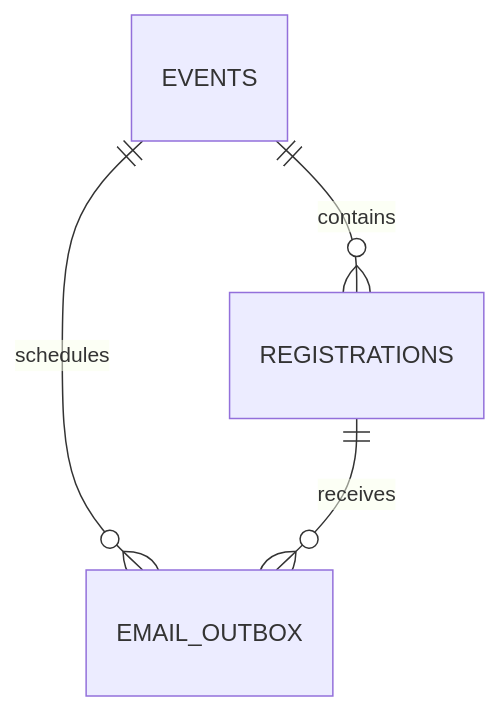
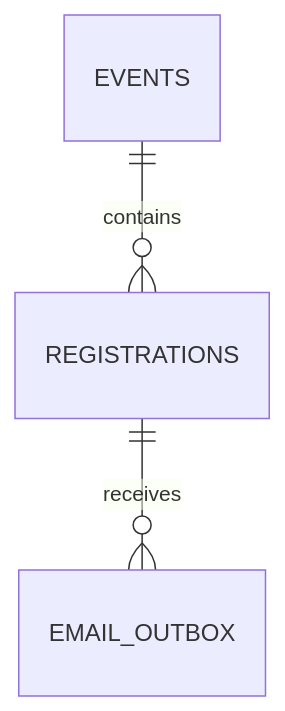
The second of 2 diagrams in ARCHITECTURE.md (Bolat141101/event-registration), drawn with Mermaid before and after one commit. The commit also changed other lines of this file and 49 other files, not shown here.

Commit message:
Add infrastructure, database schema and CI

````diff
--- a/ARCHITECTURE.md
+++ b/ARCHITECTURE.md
@@ -118,6 +119,5 @@
 ```mermaid
 erDiagram
     EVENTS ||--o{ REGISTRATIONS : contains
-    EVENTS ||--o{ EMAIL_OUTBOX : schedules
     REGISTRATIONS ||--o{ EMAIL_OUTBOX : receives
 ```
````
